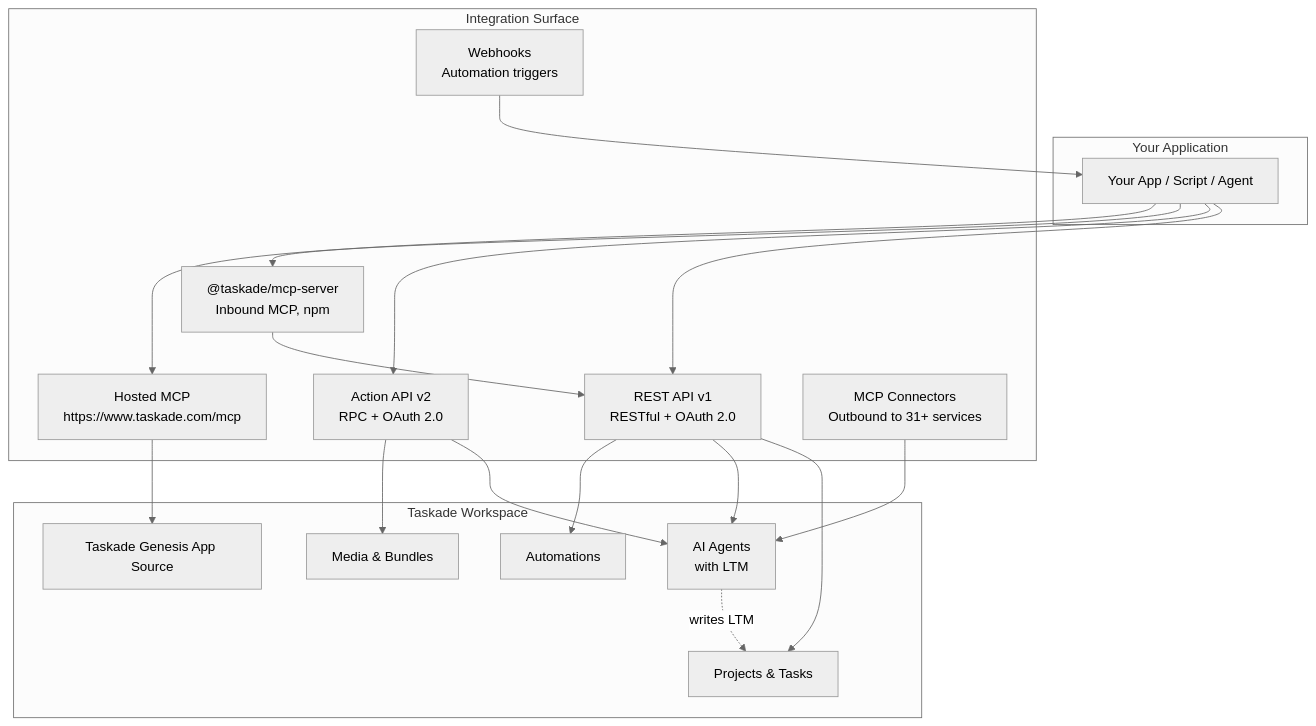
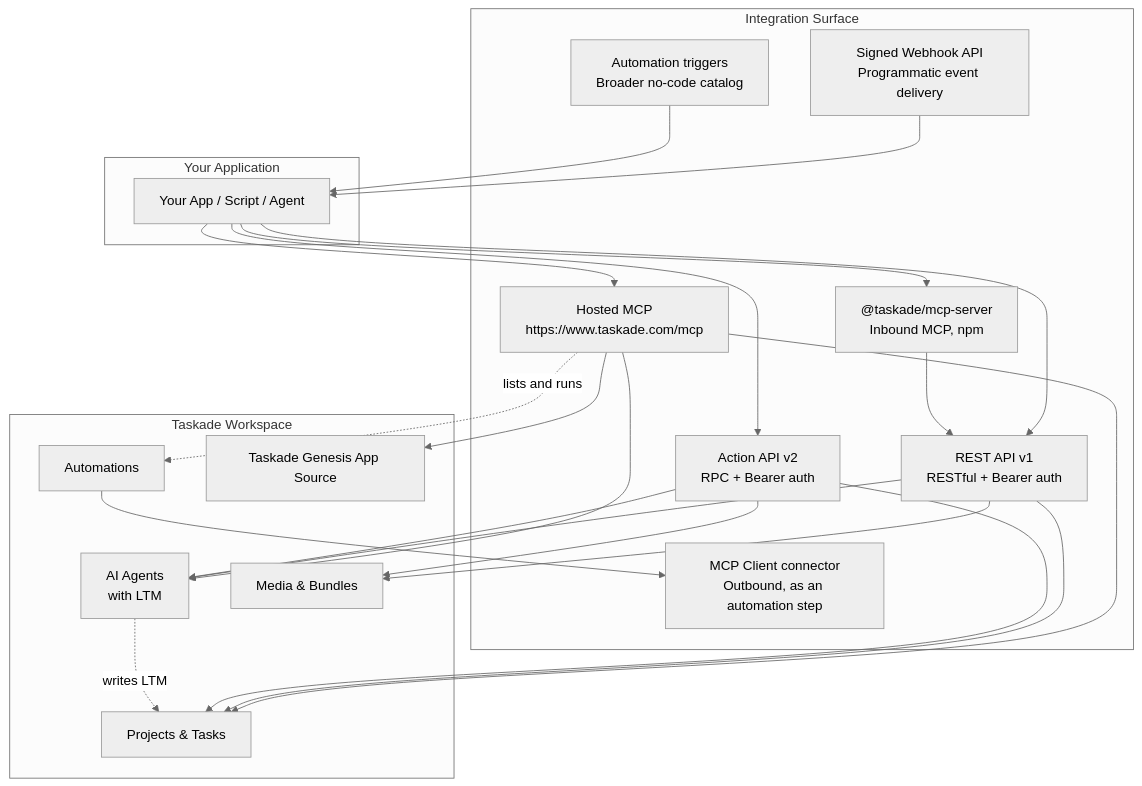
The diagram in apis-living-system-development/developer-home.md (taskade/docs), drawn with Mermaid (neutral theme) before and after one commit. The commit also changed other lines of this file and 99 other files, not shown here.

Commit message:
docs(agents): Add a Connect an AI Agent path and bring the developer and MCP pages up to date (#110)

````diff
--- a/apis-living-system-development/developer-home.md
+++ b/apis-living-system-development/developer-home.md
@@ -11,41 +20,47 @@
 ```mermaid
 graph TB
     subgraph "Your Application"
         APP["Your App / Script / Agent"]
     end
 
     subgraph "Integration Surface"
-        API1[REST API v1<br/>RESTful + OAuth 2.0]
-        API2[Action API v2<br/>RPC + OAuth 2.0]
+        API1[REST API v1<br/>RESTful + Bearer auth]
+        API2[Action API v2<br/>RPC + Bearer auth]
         MCP_IN["@taskade/mcp-server<br/>Inbound MCP, npm"]
         MCP_HOST[Hosted MCP<br/>https://www.taskade.com/mcp]
-        MCP_OUT[MCP Connectors<br/>Outbound to 31+ services]
-        WEBHOOK[Webhooks<br/>Automation triggers]
+        MCP_OUT["MCP Client connector<br/>Outbound, as an automation step"]
+        SIGNED_HOOK["Signed Webhook API<br/>Programmatic event delivery"]
+        FLOW_HOOK["Automation triggers<br/>Broader no-code catalog"]
     end
 
     subgraph "Taskade Workspace"
         PROJECTS["Projects & Tasks"]
         AGENTS["AI Agents<br/>with LTM"]
         AUTOMATIONS[Automations]
         MEDIA["Media & Bundles"]
         APP_SRC["Taskade Genesis App Source"]
     end
 
     APP --> API1
     APP --> API2
     APP --> MCP_IN
     APP --> MCP_HOST
-    WEBHOOK --> APP
+    SIGNED_HOOK --> APP
+    FLOW_HOOK --> APP
 
     MCP_IN --> API1
+    MCP_HOST --> PROJECTS
+    MCP_HOST --> AGENTS
+    MCP_HOST -.lists and runs.-> AUTOMATIONS
     MCP_HOST --> APP_SRC
-    MCP_OUT --> AGENTS
+    AUTOMATIONS --> MCP_OUT
 
     API1 --> PROJECTS
     API1 --> AGENTS
+    API1 --> MEDIA
+    API2 --> PROJECTS
     API2 --> AGENTS
     API2 --> MEDIA
-    API1 --> AUTOMATIONS
 
     AGENTS -.writes LTM.-> PROJECTS
 ```
````
